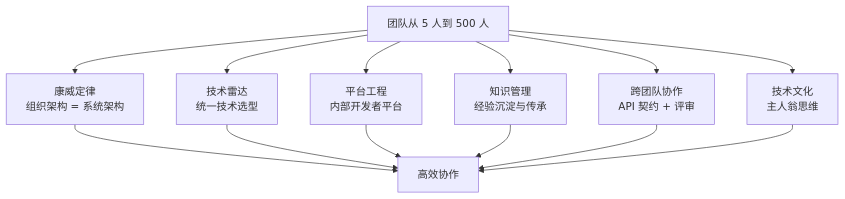
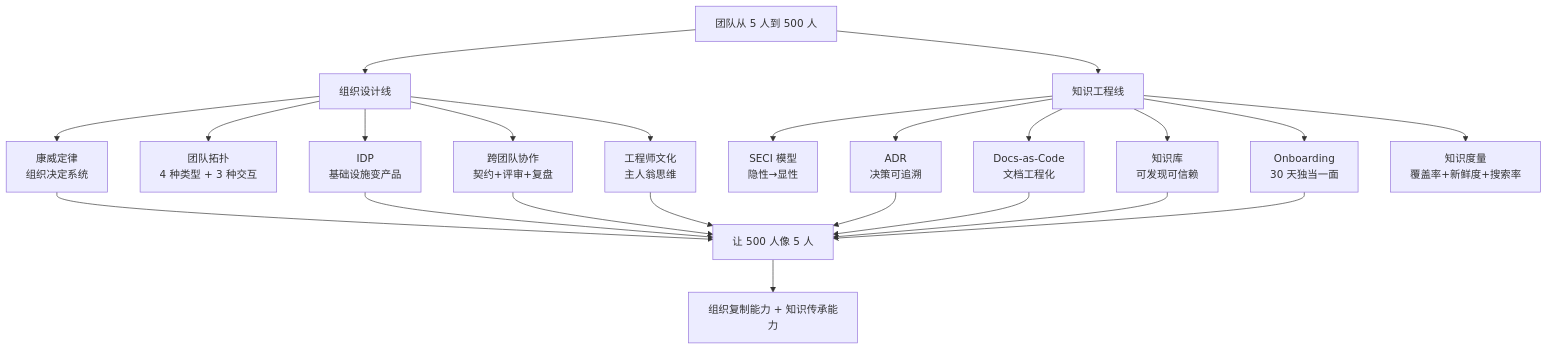
One commit to wb04307201/wb04307201 changed the second of 2 diagrams in note/14.story/07-from-chef-to-ceo.md. Above: the diagram before and after it, drawn with Mermaid. The commit also changed other lines of this file and 38 other files, not shown here.

````diff
--- a/note/14.story/07-from-chef-to-ceo.md
+++ b/note/14.story/07-from-chef-to-ceo.md
@@ -262,15 +507,25 @@
 ```mermaid
 graph TD
-    T[团队从 5 人到 500 人] --> C1[康威定律<br/>组织架构 = 系统架构]
-    T --> C2[技术雷达<br/>统一技术选型]
-    T --> C3[平台工程<br/>内部开发者平台]
-    T --> C4[知识管理<br/>经验沉淀与传承]
-    T --> C5[跨团队协作<br/>API 契约 + 评审]
-    T --> C6[技术文化<br/>主人翁思维]
-    C1 --> R[高效协作]
-    C2 --> R
-    C3 --> R
-    C4 --> R
-    C5 --> R
-    C6 --> R
+    T[团队从 5 人到 500 人] --> O[组织设计线]
+    T --> K[知识工程线]
+    O --> O1[康威定律<br/>组织决定系统]
+    O --> O2[团队拓扑<br/>4 种类型 + 3 种交互]
+    O --> O3[IDP<br/>基础设施变产品]
+    O --> O4[跨团队协作<br/>契约+评审+复盘]
+    O --> O5[工程师文化<br/>主人翁思维]
+    K --> K1[SECI 模型<br/>隐性→显性]
+    K --> K2[ADR<br/>决策可追溯]
+    K --> K3[Docs-as-Code<br/>文档工程化]
+    K --> K4[知识库<br/>可发现可信赖]
+    K --> K5[Onboarding<br/>30 天独当一面]
+    K --> K6[知识度量<br/>覆盖率+新鲜度+搜索率]
+    O1 --> R[让 500 人像 5 人]
+    K2 --> R
+    K3 --> R
+    O3 --> R
+    O4 --> R
+    O5 --> R
+    K4 --> R
+    K5 --> R
+    R --> R1[组织复制能力 + 知识传承能力]
 ```
````
